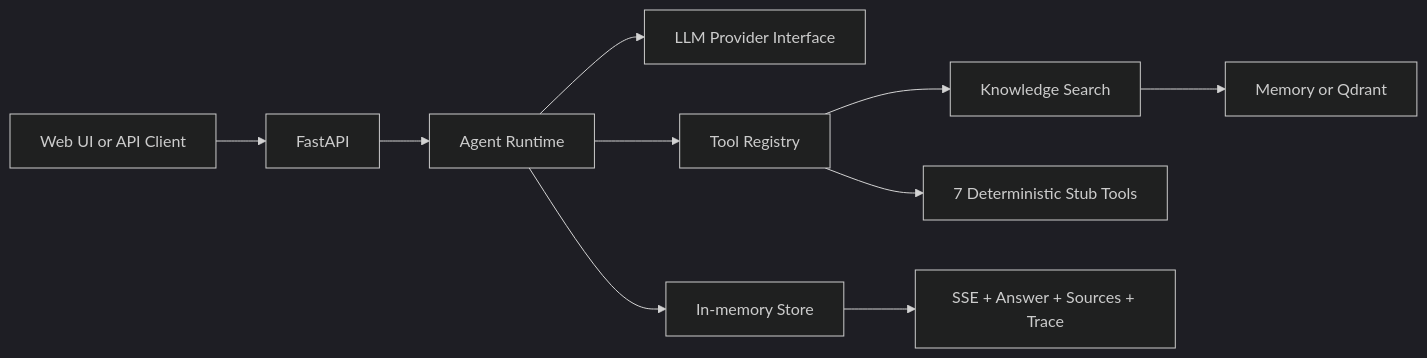
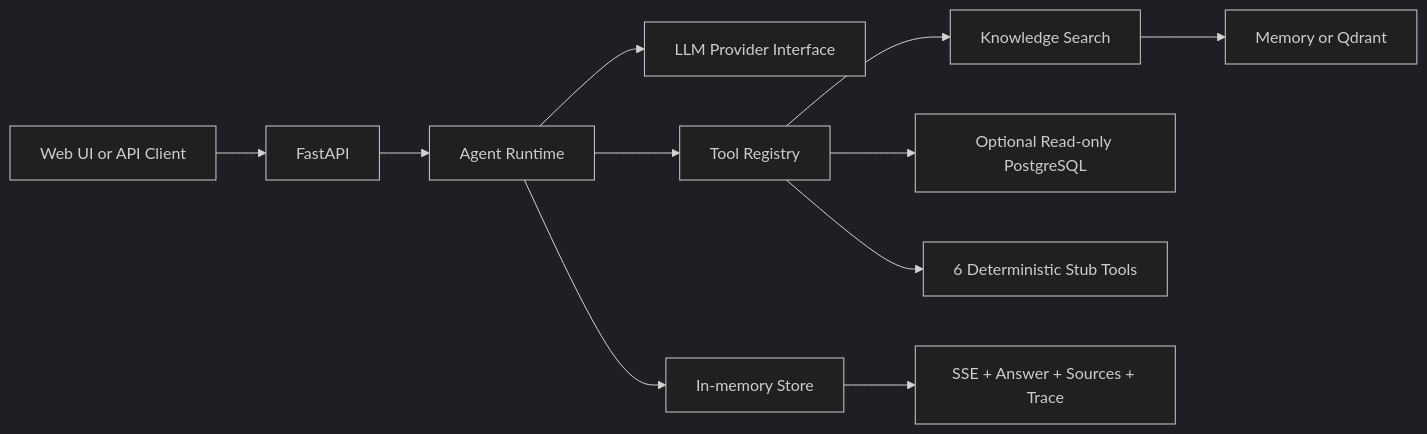
Before and after one commit to Today-Hbw/enterprise-research-agent: the diagram in README.md, drawn with Mermaid (dark theme). The commit also changed other lines of this file and 8 other files, not shown here.

Commit message:
feat: add read-only PostgreSQL tools

````diff
--- a/README.md
+++ b/README.md
@@ -23,12 +23,13 @@
 ```mermaid
 flowchart LR
     UI[Web UI or API Client] --> API[FastAPI]
     API --> RT[Agent Runtime]
     RT --> LLM[LLM Provider Interface]
     RT --> REG[Tool Registry]
     REG --> KNOW[Knowledge Search]
     KNOW --> QDRANT[Memory or Qdrant]
-    REG --> STUB[7 Deterministic Stub Tools]
+    REG --> SQL[Optional Read-only PostgreSQL]
+    REG --> STUB[6 Deterministic Stub Tools]
     RT --> STORE[In-memory Store]
     STORE --> OUT[SSE + Answer + Sources + Trace]
 ```
````
